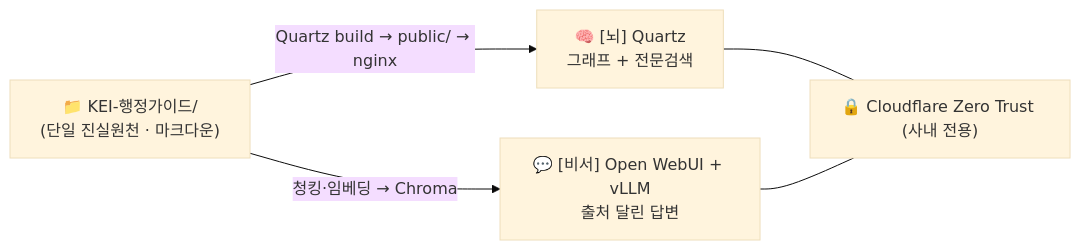
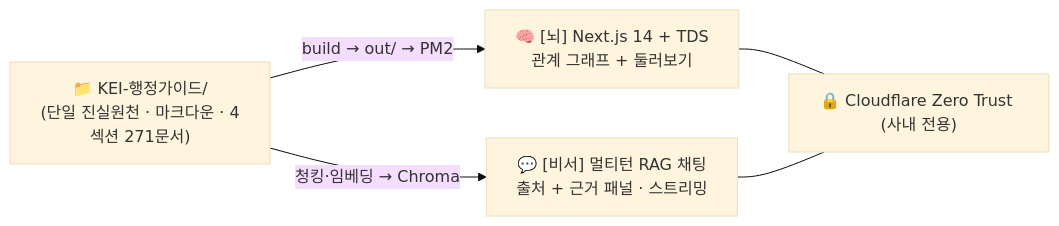
Before and after one commit to mooner92/KEIAdminSuperv: the diagram in docs/README.md, drawn with Mermaid (base theme). The commit also changed other lines of this file and 6 other files, not shown here.

````diff
--- a/docs/README.md
+++ b/docs/README.md
@@ -11,8 +11,8 @@
 ```mermaid
 flowchart LR
-    Vault["📁 KEI-행정가이드/<br/>(단일 진실원천 · 마크다운)"]
-    Vault -->|Quartz build → public/ → nginx| Brain["🧠 [뇌] Quartz<br/>그래프 + 전문검색"]
-    Vault -->|청킹·임베딩 → Chroma| Assistant["💬 [비서] Open WebUI + vLLM<br/>출처 달린 답변"]
+    Vault["📁 KEI-행정가이드/<br/>(단일 진실원천 · 마크다운 · 4섹션 271문서)"]
+    Vault -->|build → out/ → PM2| Brain["🧠 [뇌] Next.js 14 + TDS<br/>관계 그래프 + 둘러보기"]
+    Vault -->|청킹·임베딩 → Chroma| Assistant["💬 [비서] 멀티턴 RAG 채팅<br/>출처 + 근거 패널 · 스트리밍"]
     Brain --- ZeroTrust["🔒 Cloudflare Zero Trust (사내 전용)"]
     Assistant --- ZeroTrust
 ```
````
